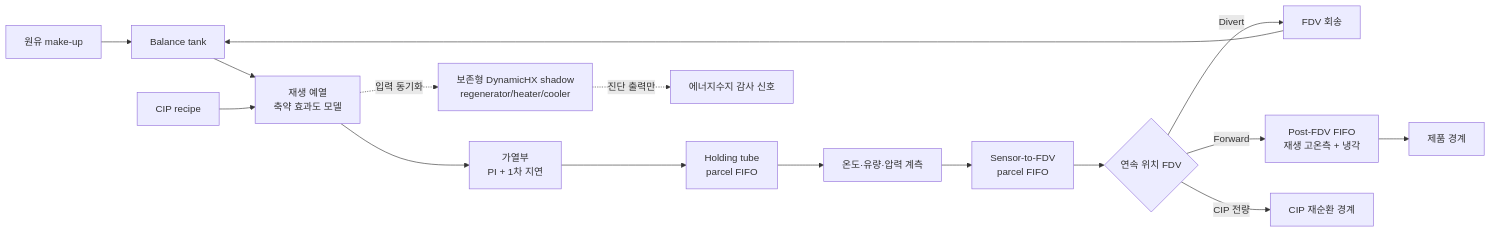
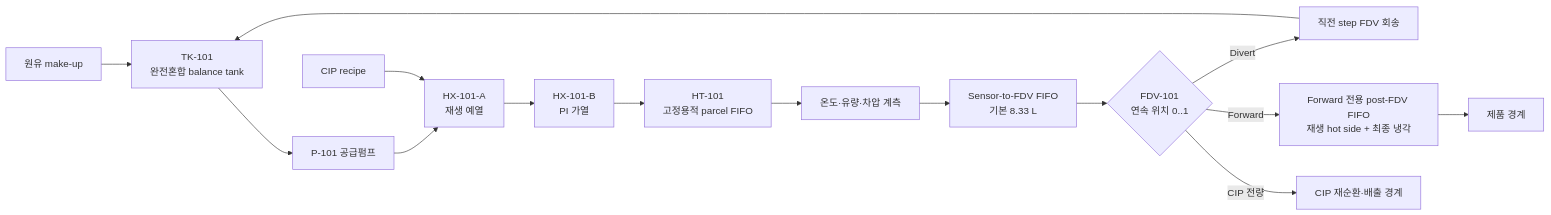
The first of 3 diagrams in README.md (wnsgus00114-droid/food-smart-factory-simulation), drawn with Mermaid before and after one commit. The commit also changed other lines of this file and 1 other file, not shown here.

````diff
--- a/README.md
+++ b/README.md
@@ -194,19 +83,17 @@
 ```mermaid
 flowchart LR
-    A[원유 make-up] --> B[Balance tank]
-    R[FDV 회송] --> B
-    B --> C[재생 예열<br/>축약 효과도 모델]
-    C --> D[가열부<br/>PI + 1차 지연]
-    D --> E[Holding tube<br/>parcel FIFO]
-    E --> F[온도·유량·압력 계측]
-    F --> G[Sensor-to-FDV<br/>parcel FIFO]
-    G --> H{연속 위치 FDV}
-    H -->|Forward| I[Post-FDV FIFO<br/>재생 고온측 + 냉각]
-    I --> J[제품 경계]
-    H -->|Divert| R
-    K[CIP recipe] --> C
-    H -->|CIP 전량| L[CIP 재순환 경계]
-
-    C -. 입력 동기화 .-> S[보존형 DynamicHX shadow<br/>regenerator/heater/cooler]
-    S -. 진단 출력만 .-> Q[에너지수지 감사 신호]
+    RAW[원유 make-up] --> TK[TK-101<br/>완전혼합 balance tank]
+    RET[직전 step FDV 회송] --> TK
+    TK --> P1[P-101 공급펌프]
+    P1 --> RG[HX-101-A<br/>재생 예열]
+    RG --> HT[HX-101-B<br/>PI 가열]
+    HT --> HOLD[HT-101<br/>고정용적 parcel FIFO]
+    HOLD --> INST[온도·유량·차압 계측]
+    INST --> LINE[Sensor-to-FDV FIFO<br/>기본 8.33 L]
+    LINE --> FDV{FDV-101<br/>연속 위치 0..1}
+    FDV -->|Forward| POST[Forward 전용 post-FDV FIFO<br/>재생 hot side + 최종 냉각]
+    POST --> PRODUCT[제품 경계]
+    FDV -->|Divert| RET
+    CIP[CIP recipe] --> RG
+    FDV -->|CIP 전량| CIPRET[CIP 재순환·배출 경계]
 ```
````
